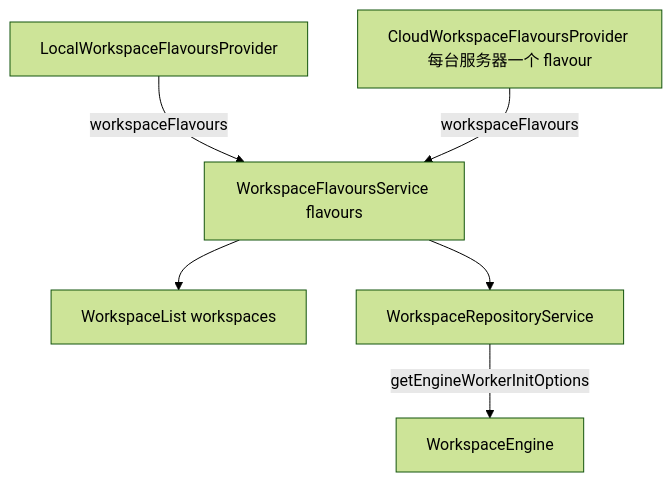
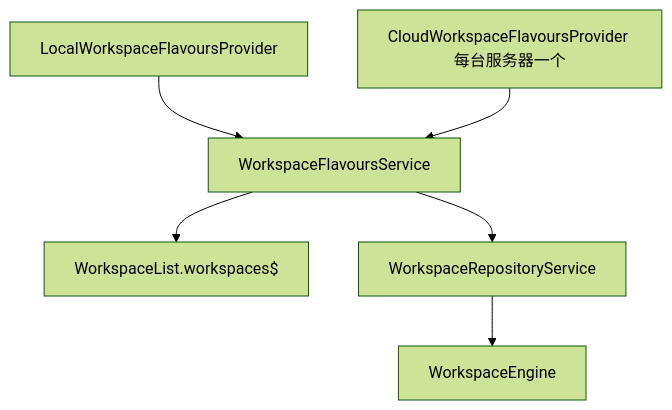
The third of 7 diagrams in learning-guide/slides/decks/17.md (lfire/AFFiNE), drawn with Mermaid (forest theme) before and after one commit. The commit also changed other lines of this file and 46 other files, not shown here.

````diff
--- a/learning-guide/slides/decks/17.md
+++ b/learning-guide/slides/decks/17.md
@@ -190,8 +285,8 @@
 ```mermaid
 flowchart TB
-  LP[LocalWorkspaceFlavoursProvider] -->|workspaceFlavours| FS[WorkspaceFlavoursService flavours]
-  CP[CloudWorkspaceFlavoursProvider 每台服务器一个 flavour] -->|workspaceFlavours| FS
-  FS --> WL[WorkspaceList workspaces]
-  FS --> Repo[WorkspaceRepositoryService]
-  Repo -->|getEngineWorkerInitOptions| Engine[WorkspaceEngine]
+  LP["LocalWorkspaceFlavoursProvider"] --> FS["WorkspaceFlavoursService"]
+  CP["CloudWorkspaceFlavoursProvider 每台服务器一个"] --> FS
+  FS --> WL["WorkspaceList.workspaces$"]
+  FS --> Repo["WorkspaceRepositoryService"]
+  Repo --> Engine["WorkspaceEngine"]
 ```
````
